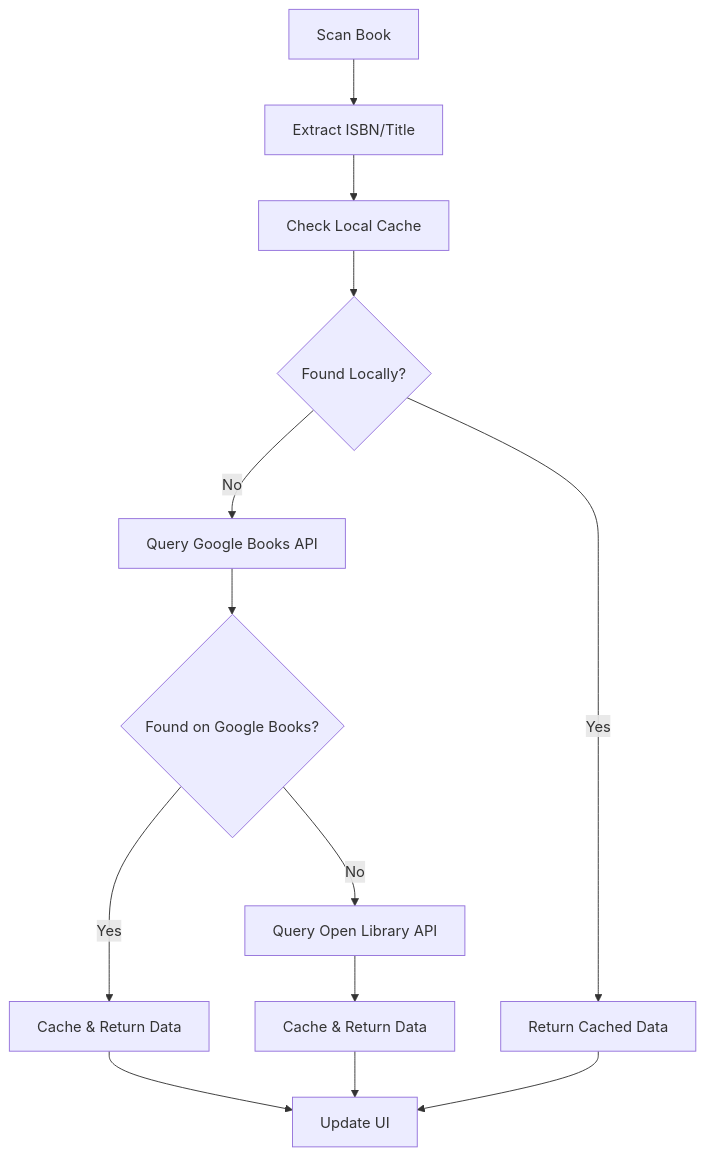
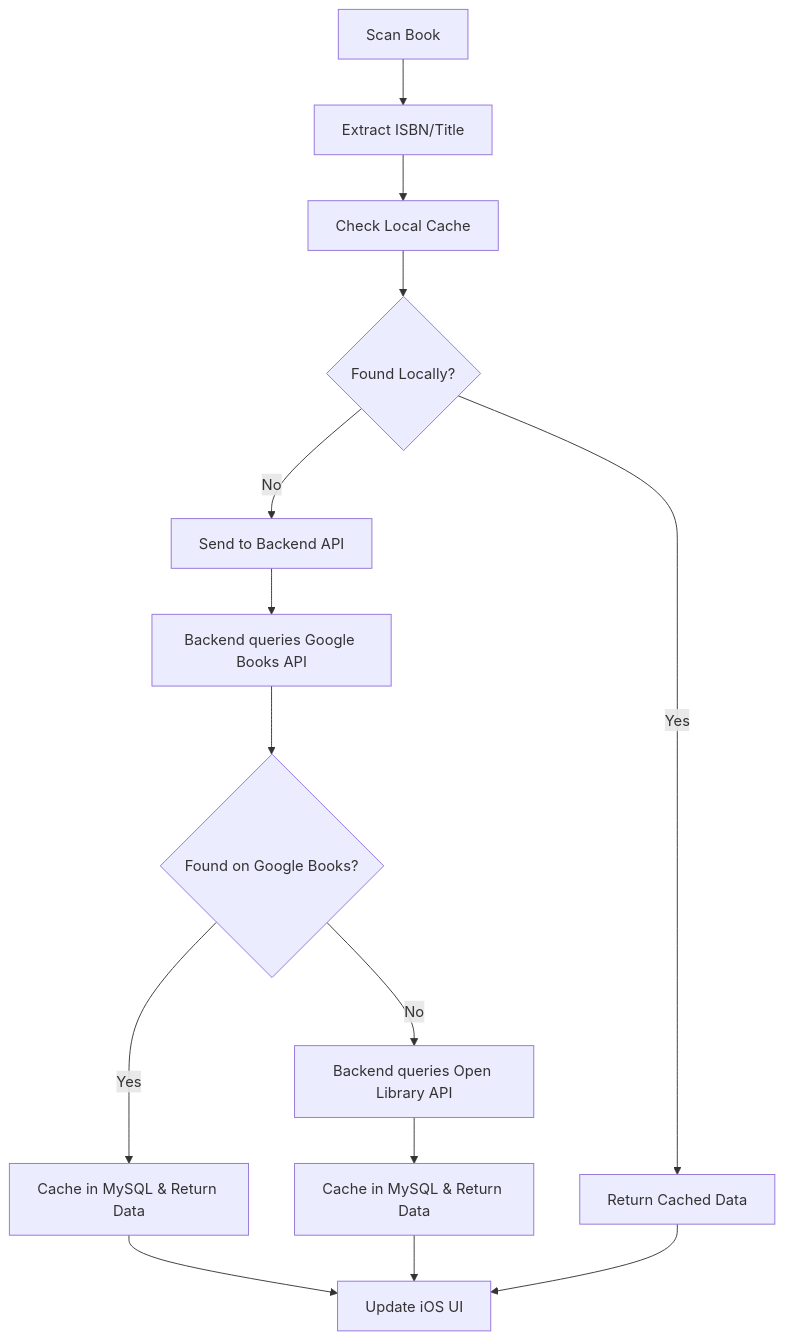
Before and after one commit to GabeGiancarlo/Stacks: the diagram in README.md, drawn with Mermaid. The commit also changed other lines of this file and 31 other files, not shown here.

First line of the commit message:
Rebrand to Stacks: Update README with new architecture and UI mockups

````diff
--- a/README.md
+++ b/README.md
@@ -188,15 +261,16 @@
 ```mermaid
 graph TD
     A[Scan Book] --> B[Extract ISBN/Title]
     B --> C[Check Local Cache]
     C --> D{Found Locally?}
     D -->|Yes| E[Return Cached Data]
-    D -->|No| F[Query Google Books API]
-    F --> G{Found on Google Books?}
-    G -->|Yes| H[Cache & Return Data]
-    G -->|No| I[Query Open Library API]
-    I --> J[Cache & Return Data]
-    H --> K[Update UI]
-    J --> K
-    E --> K
+    D -->|No| F[Send to Backend API]
+    F --> G[Backend queries Google Books API]
+    G --> H{Found on Google Books?}
+    H -->|Yes| I[Cache in MySQL & Return Data]
+    H -->|No| J[Backend queries Open Library API]
+    J --> K[Cache in MySQL & Return Data]
+    I --> L[Update iOS UI]
+    K --> L
+    E --> L
 ```
````
